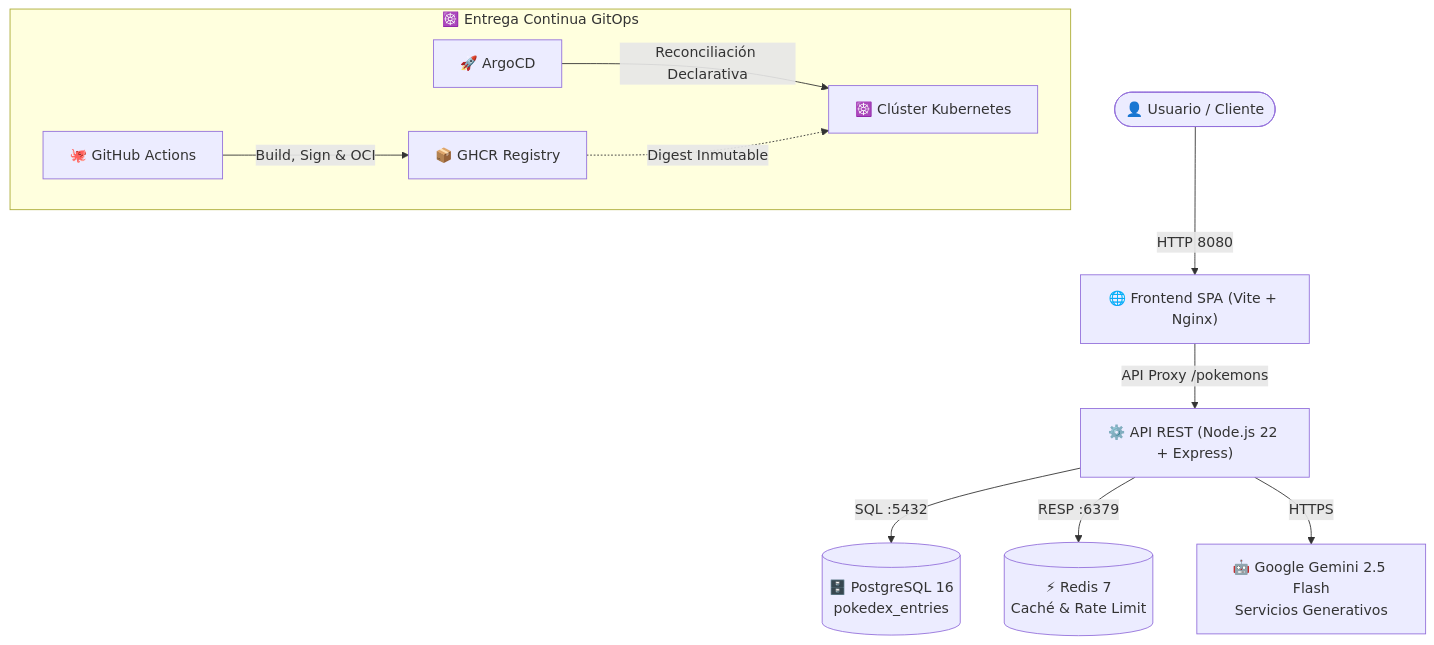
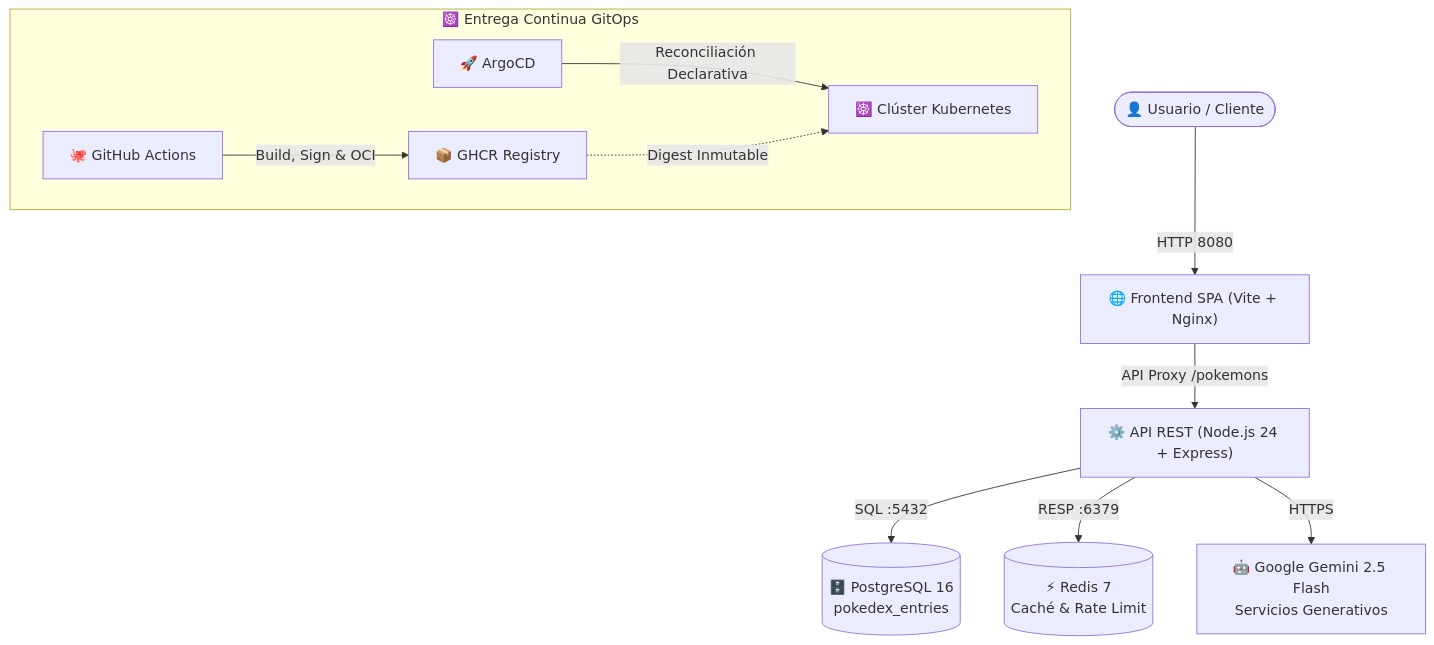
Before and after one commit to rocapellino/pokedex: the diagram in README.md, drawn with Mermaid. The commit also changed other lines of this file and 36 other files, not shown here.

````diff
--- a/README.md
+++ b/README.md
@@ -59,14 +59,14 @@
 ```mermaid
 flowchart TD
     Client(["👤 Usuario / Cliente"]) -->|HTTP 8080| Web["🌐 Frontend SPA (Vite + Nginx)"]
-    Web -->|API Proxy /pokemons| API["⚙️ API REST (Node.js 22 + Express)"]
+    Web -->|API Proxy /pokemons| API["⚙️ API REST (Node.js 24 + Express)"]
     API -->|SQL :5432| DB[("🗄️ PostgreSQL 16\npokedex_entries")]
     API -->|RESP :6379| Cache[("⚡ Redis 7\nCaché & Rate Limit")]
     API -->|HTTPS| AI["🤖 Google Gemini 2.5 Flash\nServicios Generativos"]
 
     subgraph GitOps_Flow ["☸️ Entrega Continua GitOps"]
         GHA["🐙 GitHub Actions"] -->|Build, Sign & OCI| GHCR["📦 GHCR Registry"]
         Argo["🚀 ArgoCD"] -->|Reconciliación Declarativa| K8s["☸️ Clúster Kubernetes"]
         GHCR -.->|Digest Inmutable| K8s
     end
 ```
````
